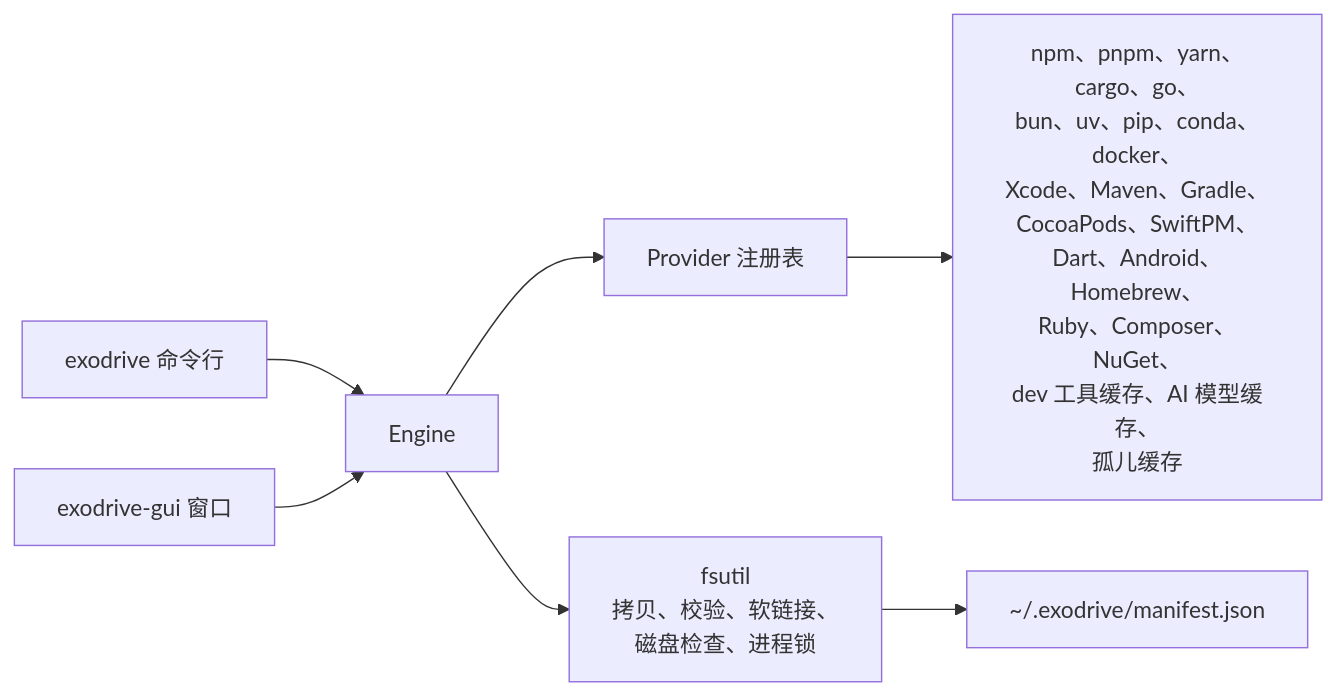
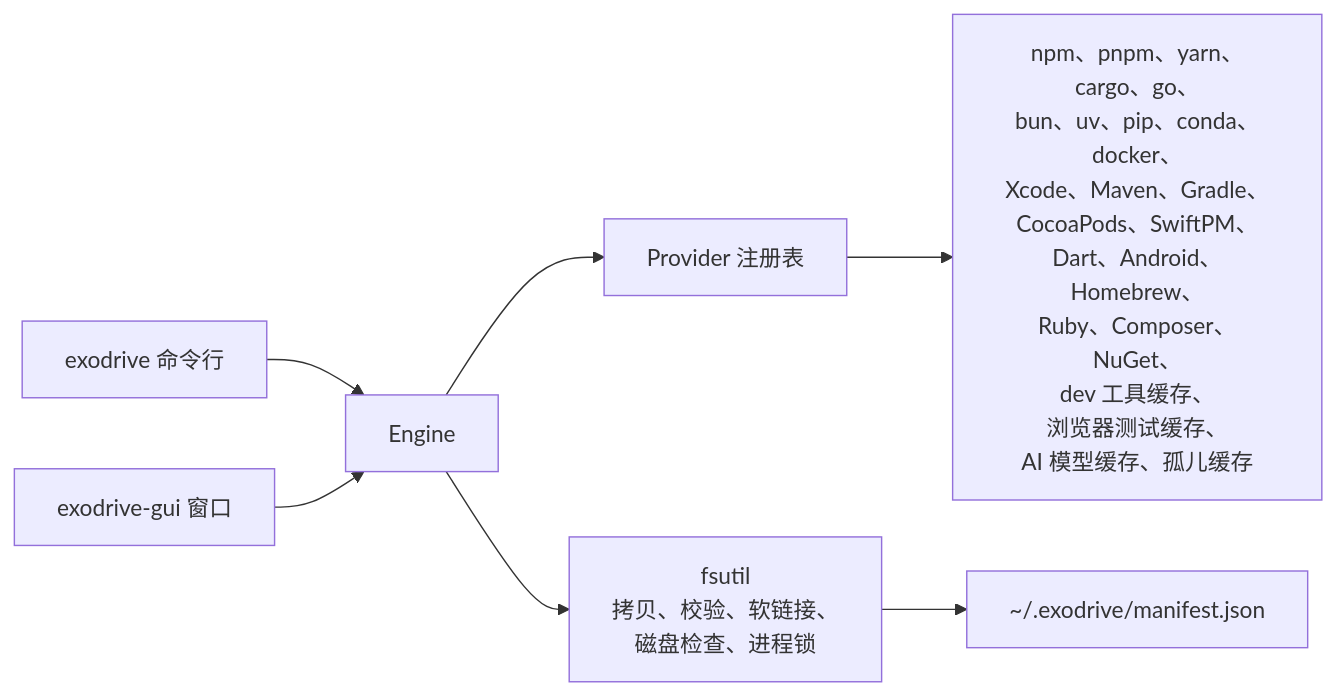
One commit to Jungley8/exodrive changed the diagram in README.zh.md. Above: the diagram before and after it, drawn with Mermaid. The commit also changed other lines of this file and 9 other files, not shown here.

````diff
--- a/README.zh.md
+++ b/README.zh.md
@@ -34,9 +34,9 @@
 ```mermaid
 flowchart LR
     CLI["exodrive 命令行"] --> Engine
     GUI["exodrive-gui 窗口"] --> Engine
     Engine --> Registry["Provider 注册表"]
-    Registry --> P["npm、pnpm、yarn、cargo、go、<br/>bun、uv、pip、conda、docker、<br/>Xcode、Maven、Gradle、<br/>CocoaPods、SwiftPM、<br/>Dart、Android、Homebrew、<br/>Ruby、Composer、NuGet、<br/>dev 工具缓存、AI 模型缓存、<br/>孤儿缓存"]
+    Registry --> P["npm、pnpm、yarn、cargo、go、<br/>bun、uv、pip、conda、docker、<br/>Xcode、Maven、Gradle、<br/>CocoaPods、SwiftPM、<br/>Dart、Android、Homebrew、<br/>Ruby、Composer、NuGet、<br/>dev 工具缓存、<br/>浏览器测试缓存、<br/>AI 模型缓存、孤儿缓存"]
     Engine --> FS["fsutil<br/>拷贝、校验、软链接、<br/>磁盘检查、进程锁"]
     FS --> Ledger["~/.exodrive/manifest.json"]
 ```
````
